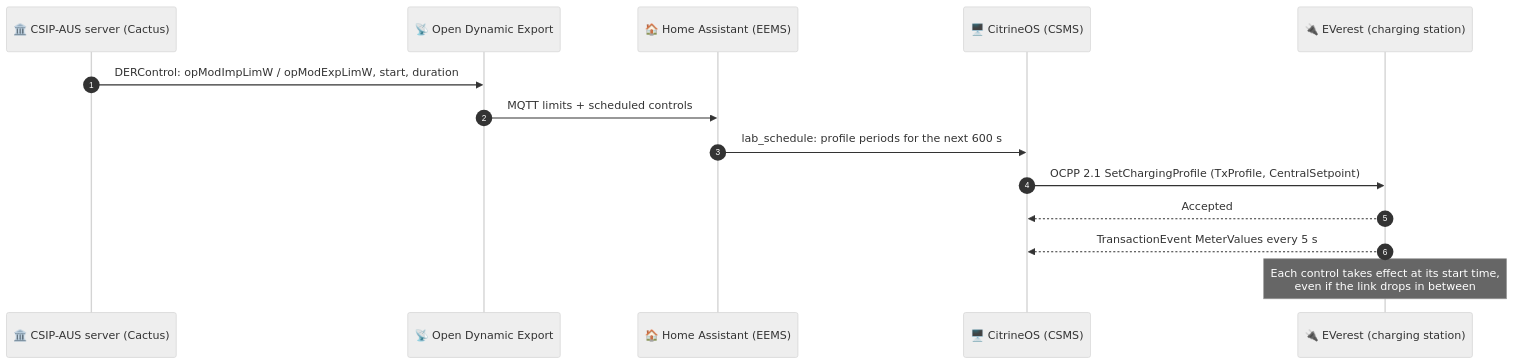
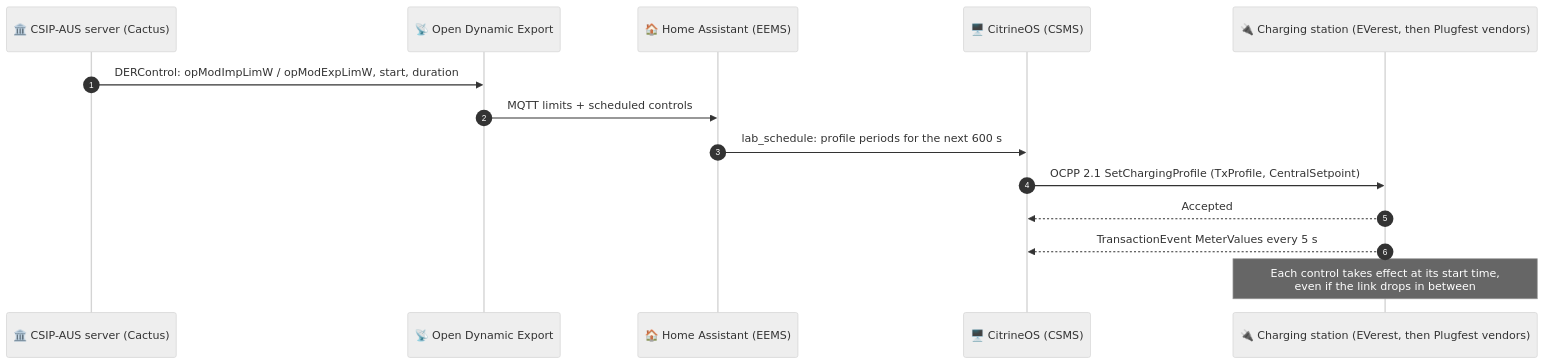
Before and after one commit to purcell-lab/ocpp-plugfest: the diagram in README.md, drawn with Mermaid (neutral theme). The commit also changed other lines of this file, not shown here.

First line of the commit message:
README: list the charging stations, EVerest as the pre-Plugfest reference

````diff
--- a/README.md
+++ b/README.md
@@ -48,16 +48,16 @@
 ```mermaid
 sequenceDiagram
     autonumber
     participant DNSP as 🏛️ CSIP-AUS server (Cactus)
     participant ODE as 📡 Open Dynamic Export
     participant HA as 🏠 Home Assistant (EEMS)
     participant CSMS as 🖥️ CitrineOS (CSMS)
-    participant CS as 🔌 EVerest (charging station)
+    participant CS as 🔌 Charging station (EVerest, then Plugfest vendors)
     DNSP->>ODE: DERControl: opModImpLimW / opModExpLimW, start, duration
     ODE->>HA: MQTT limits + scheduled controls
     HA->>CSMS: lab_schedule: profile periods for the next 600 s
     CSMS->>CS: OCPP 2.1 SetChargingProfile (TxProfile, CentralSetpoint)
     CS-->>CSMS: Accepted
     CS-->>CSMS: TransactionEvent MeterValues every 5 s
     Note over CS: Each control takes effect at its start time,<br/>even if the link drops in between
 ```
````
